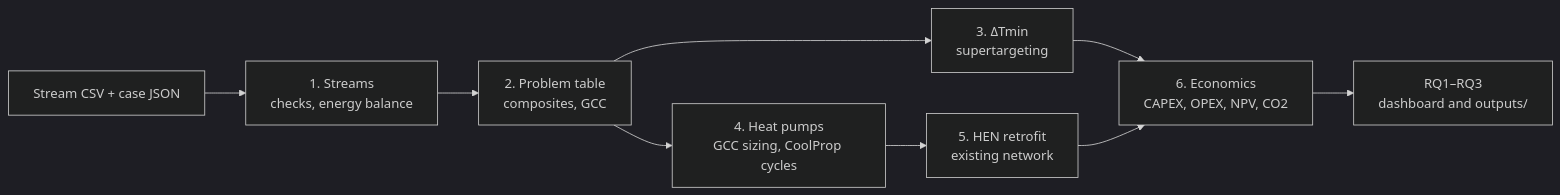
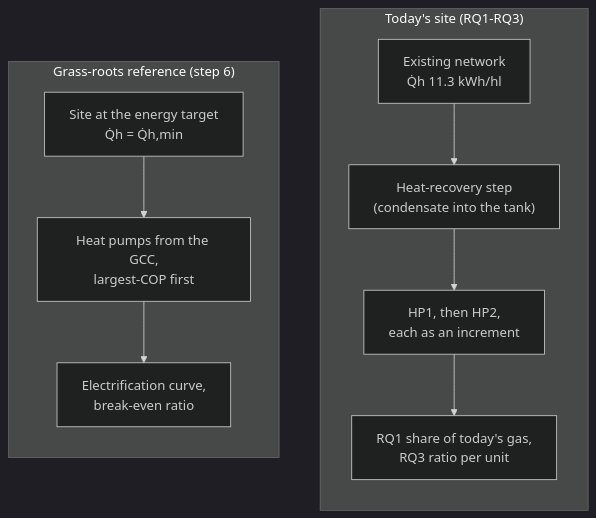
Before and after one commit to TheJohn01/Heatpump-Pinch: the second of 5 diagrams in README.md, drawn with Mermaid (dark theme). The commit also changed other lines of this file and 1 other file, not shown here.

````diff
--- a/README.md
+++ b/README.md
@@ -12,11 +239,15 @@
 ```mermaid
 flowchart LR
-    IN["Stream CSV + case JSON"] --> S1["1. Streams<br/>checks, energy balance"]
-    S1 --> S2["2. Problem table<br/>composites, GCC"]
-    S2 --> S3["3. ΔTmin<br/>supertargeting"]
-    S2 --> S4["4. Heat pumps<br/>GCC sizing, CoolProp cycles"]
-    S4 --> S5["5. HEN retrofit<br/>existing network"]
-    S3 --> S6["6. Economics<br/>CAPEX, OPEX, NPV, CO2"]
-    S5 --> S6
-    S6 --> OUT["RQ1–RQ3<br/>dashboard and outputs/"]
+    subgraph GR["Grass-roots reference (step 6)"]
+        direction TB
+        G1["Site at the energy target<br/>Q̇h = Q̇h,min"] --> G2["Heat pumps from the GCC,<br/>largest-COP first"]
+        G2 --> G3["Electrification curve,<br/>break-even ratio"]
+    end
+    subgraph TS["Today's site (RQ1-RQ3)"]
+        direction TB
+        T1["Existing network<br/>Q̇h 11.3 kWh/hl"] --> T2["Heat-recovery step<br/>(condensate into the tank)"]
+        T2 --> T3["HP1, then HP2,<br/>each as an increment"]
+        T3 --> T4["RQ1 share of today's gas,<br/>RQ3 ratio per unit"]
+    end
+    GR ~~~ TS
 ```
````
